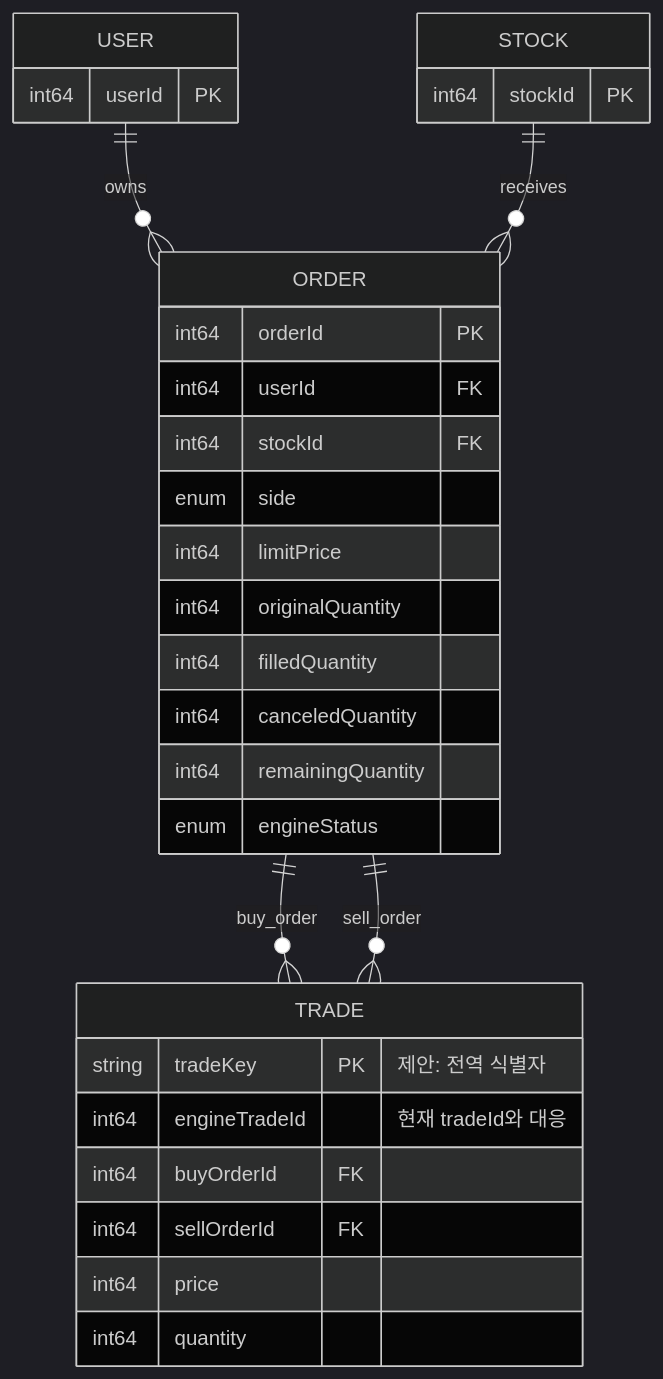
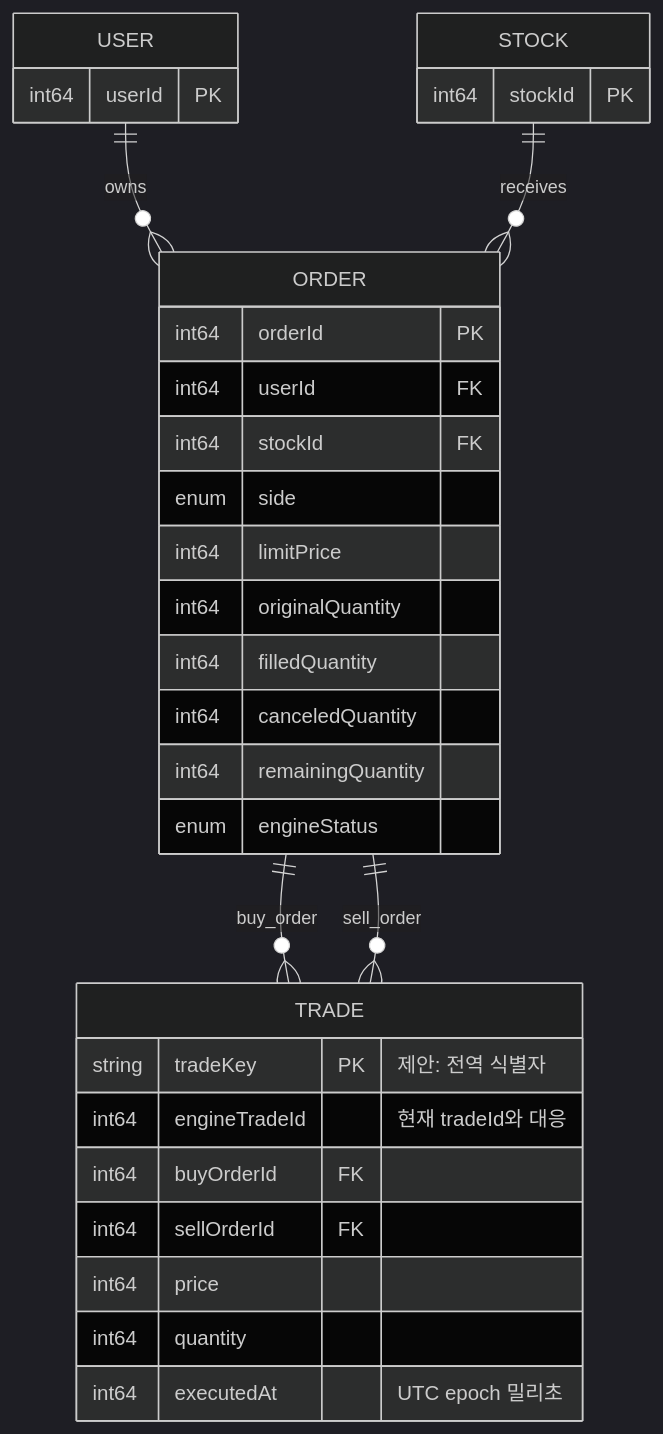
The second of 3 diagrams in docs/module-handoff-notion.md (capstone-hamburger/stock-matching-engine), drawn with Mermaid (dark theme) before and after one commit. The commit also changed other lines of this file and 10 other files, not shown here.

Commit message:
feat: 체결 응답에 UTC epoch 밀리초 executedAt 추가

````diff
--- a/docs/module-handoff-notion.md
+++ b/docs/module-handoff-notion.md
@@ -160,33 +160,34 @@
 ```mermaid
 erDiagram
     USER ||--o{ ORDER : owns
     STOCK ||--o{ ORDER : receives
     ORDER ||--o{ TRADE : buy_order
     ORDER ||--o{ TRADE : sell_order
     USER {
         int64 userId PK
     }
     STOCK {
         int64 stockId PK
     }
     ORDER {
         int64 orderId PK
         int64 userId FK
         int64 stockId FK
         enum side
         int64 limitPrice
         int64 originalQuantity
         int64 filledQuantity
         int64 canceledQuantity
         int64 remainingQuantity
         enum engineStatus
     }
     TRADE {
         string tradeKey PK "제안: 전역 식별자"
         int64 engineTradeId "현재 tradeId와 대응"
         int64 buyOrderId FK
         int64 sellOrderId FK
         int64 price
         int64 quantity
+        int64 executedAt "UTC epoch 밀리초"
     }
 ```
````
